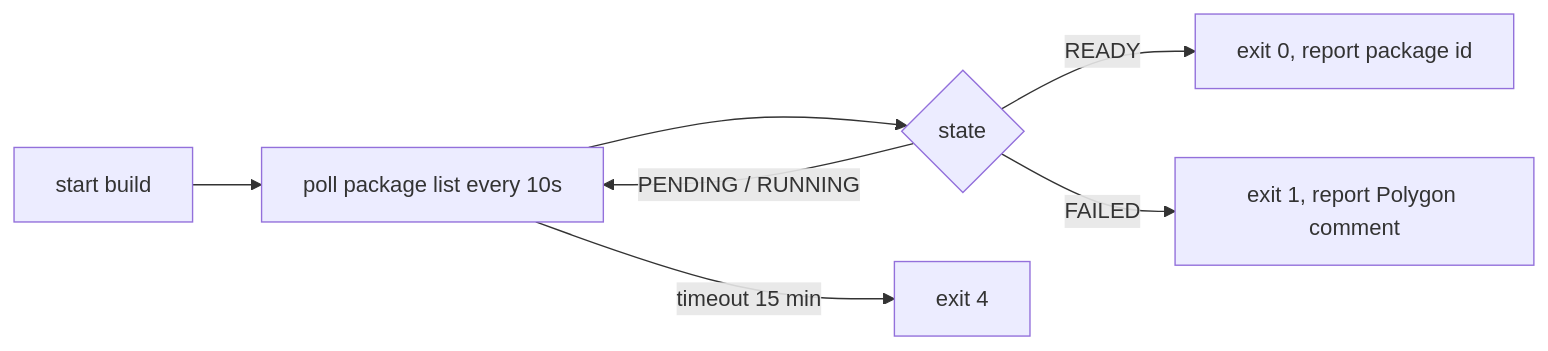
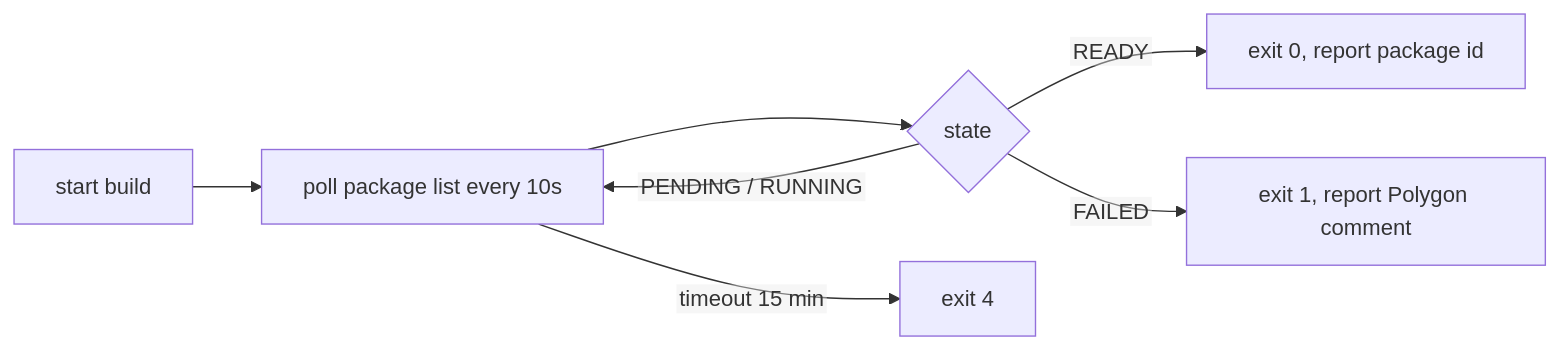
The second of 2 diagrams in design/agent/07-polygon.md (Ahmad-Faraj/polyman), drawn with Mermaid before and after one commit. The commit also changed 9 other files, not shown here.

````diff
--- a/design/agent/07-polygon.md
+++ b/design/agent/07-polygon.md
@@ -51,9 +51,10 @@
 ```mermaid
+%%{init: {"flowchart": {"htmlLabels": false}} }%%
 flowchart LR
   s["start build"] --> p["poll package list every 10s"]
   p --> st{"state"}
   st -->|"PENDING / RUNNING"| p
   st -->|"READY"| ok["exit 0, report package id"]
   st -->|"FAILED"| f["exit 1, report Polygon comment"]
   p -->|"timeout 15 min"| t["exit 4"]
 ```
````
